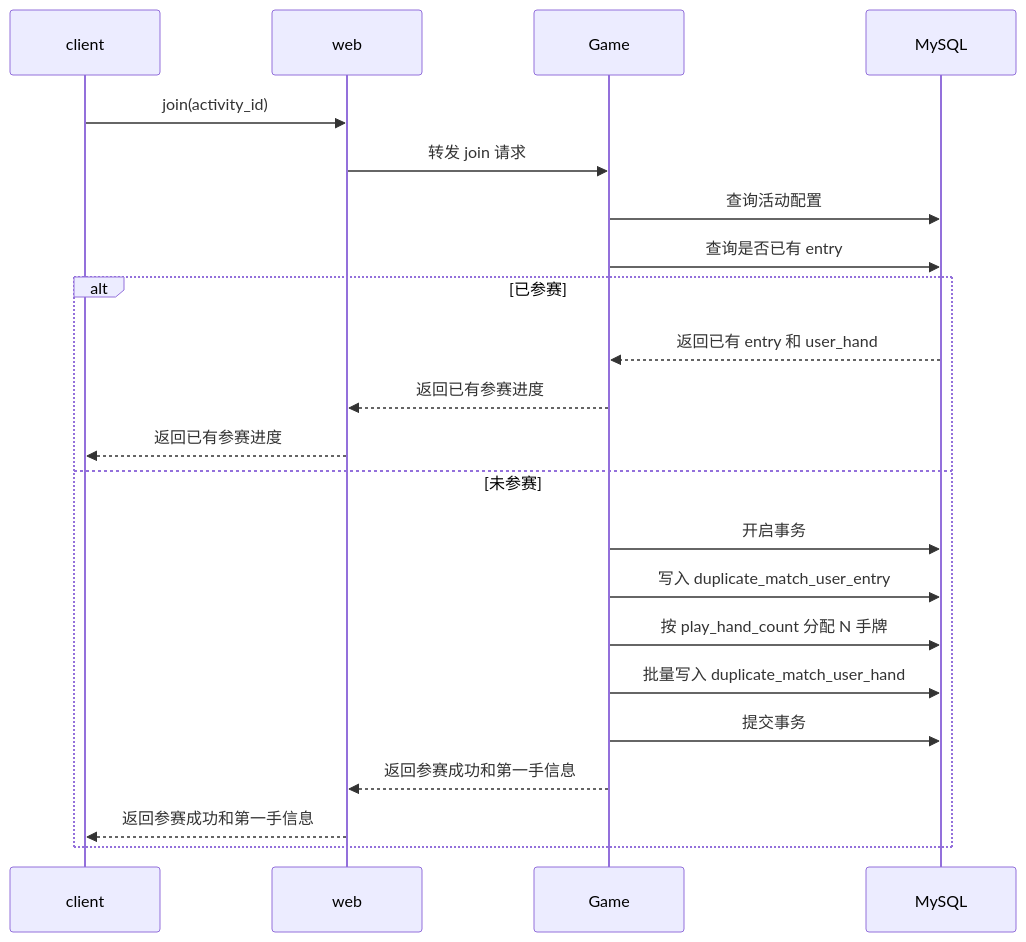
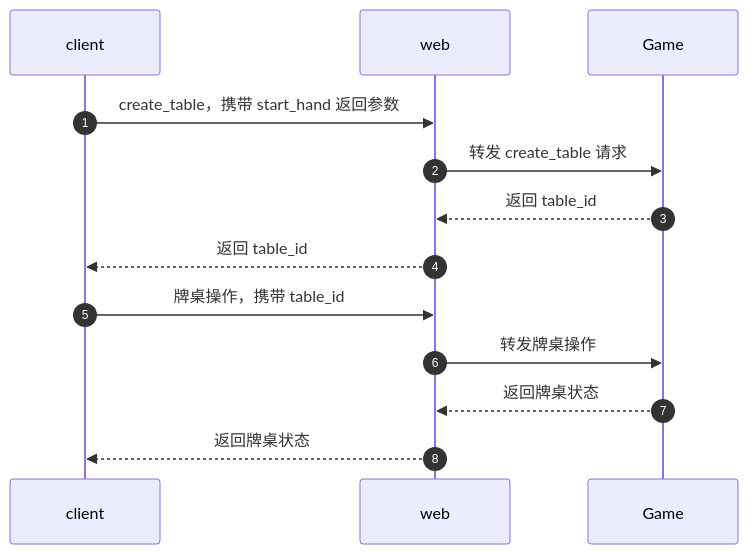
The seventh of 12 diagrams in docs/复述扑克/评审02/02-设计文档.md (zdl20251023-pixel/agent-frame), drawn with Mermaid before and after one commit. The commit also changed other lines of this file and 1 other file, not shown here.

````diff
--- a/docs/复述扑克/评审02/02-设计文档.md
+++ b/docs/复述扑克/评审02/02-设计文档.md
@@ -239,26 +345,17 @@
 ```mermaid
 sequenceDiagram
+    autonumber
     participant client
     participant web
     participant Game
-    participant MySQL
 
-    client->>web: join(activity_id)
-    web->>Game: 转发 join 请求
-    Game->>MySQL: 查询活动配置
-    Game->>MySQL: 查询是否已有 entry
+    client->>web: create_table，携带 start_hand 返回参数
+    web->>Game: 转发 create_table 请求
+    Game-->>web: 返回 table_id
+    web-->>client: 返回 table_id
 
-    alt 已参赛
-        MySQL-->>Game: 返回已有 entry 和 user_hand
-        Game-->>web: 返回已有参赛进度
-        web-->>client: 返回已有参赛进度
-    else 未参赛
-        Game->>MySQL: 开启事务
-        Game->>MySQL: 写入 duplicate_match_user_entry
-        Game->>MySQL: 按 play_hand_count 分配 N 手牌
-        Game->>MySQL: 批量写入 duplicate_match_user_hand
-        Game->>MySQL: 提交事务
-        Game-->>web: 返回参赛成功和第一手信息
-        web-->>client: 返回参赛成功和第一手信息
-    end
+    client->>web: 牌桌操作，携带 table_id
+    web->>Game: 转发牌桌操作
+    Game-->>web: 返回牌桌状态
+    web-->>client: 返回牌桌状态
 ```
````
